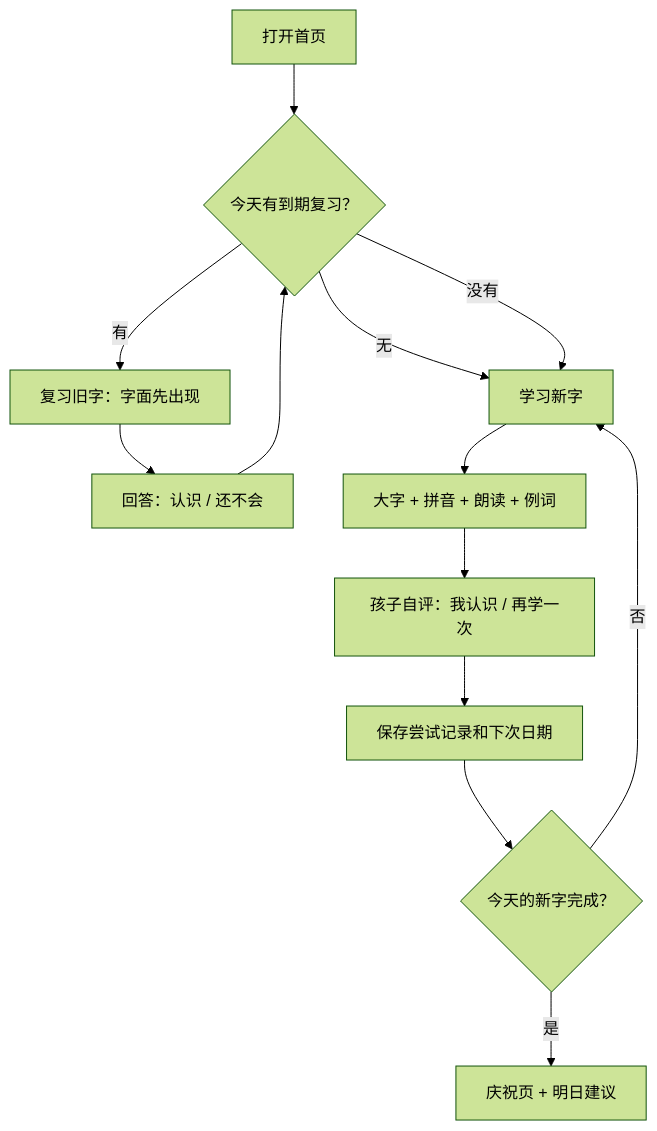
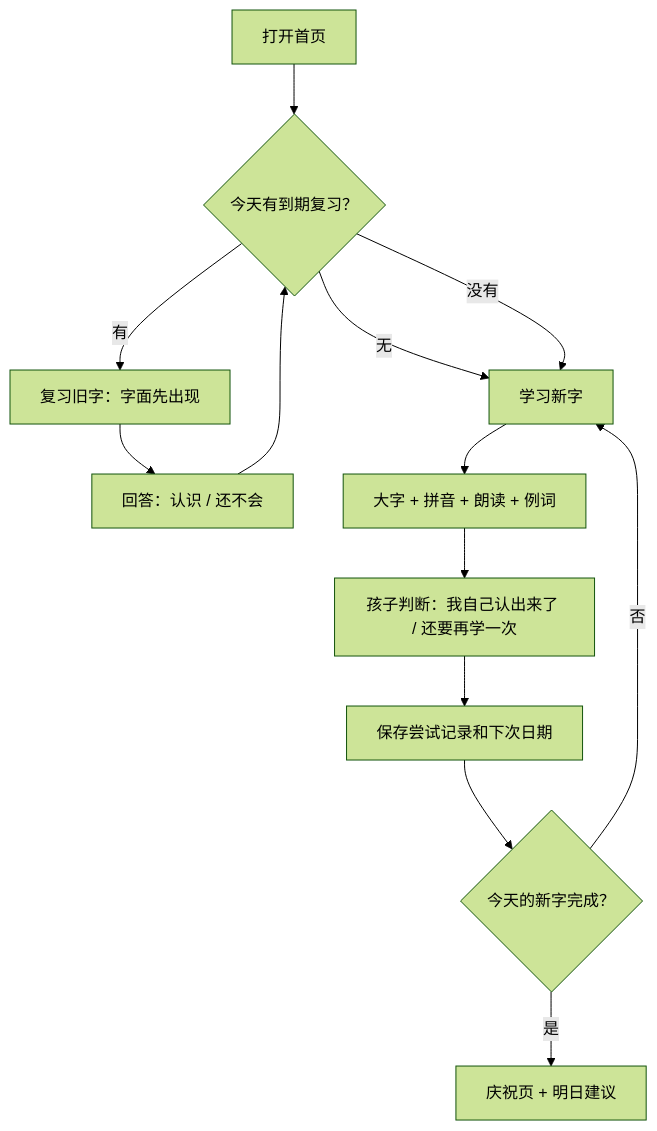
One commit to FisherUp11/Fisher_Learning_System changed the diagram in 01_产品方案与MVP.md. Above: the diagram before and after it, drawn with Mermaid (forest theme). The commit also changed other lines of this file and 11 other files, not shown here.

````diff
--- a/01_产品方案与MVP.md
+++ b/01_产品方案与MVP.md
@@ -65,15 +65,15 @@
 ```mermaid
 flowchart TD
   A[打开首页] --> B{今天有到期复习？}
   B -- 有 --> C[复习旧字：字面先出现]
   B -- 无 --> E[学习新字]
   C --> D[回答：认识 / 还不会]
   D --> B
   B -- 没有 --> E
   E --> F[大字 + 拼音 + 朗读 + 例词]
-  F --> G[孩子自评：我认识 / 再学一次]
+  F --> G[孩子判断：我自己认出来了 / 还要再学一次]
   G --> H[保存尝试记录和下次日期]
   H --> I{今天的新字完成？}
   I -- 否 --> E
   I -- 是 --> J[庆祝页 + 明日建议]
 ```
````
